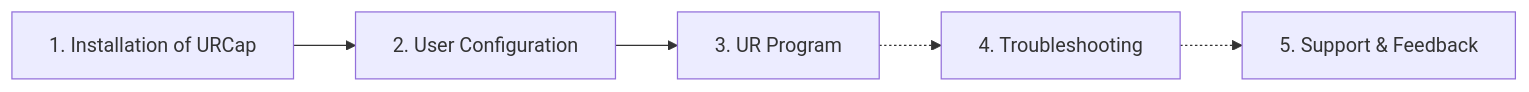
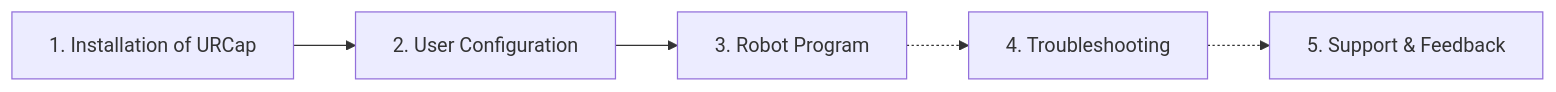
The diagram in docs/index.md (wenglor/robot-vision-ur-polyscope5), drawn with Mermaid before and after one commit. The commit also changed other lines of this file and 10 other files, not shown here.

````diff
--- a/docs/index.md
+++ b/docs/index.md
@@ -25,7 +25,7 @@
 ```mermaid
 graph LR
     A[1. Installation of URCap] --> B[2. User Configuration]
-    B --> C[3. UR Program]
+    B --> C[3. Robot Program]
     C -.-> D[4. Troubleshooting]
     D -.-> E[5. Support & Feedback]
 ```
````
